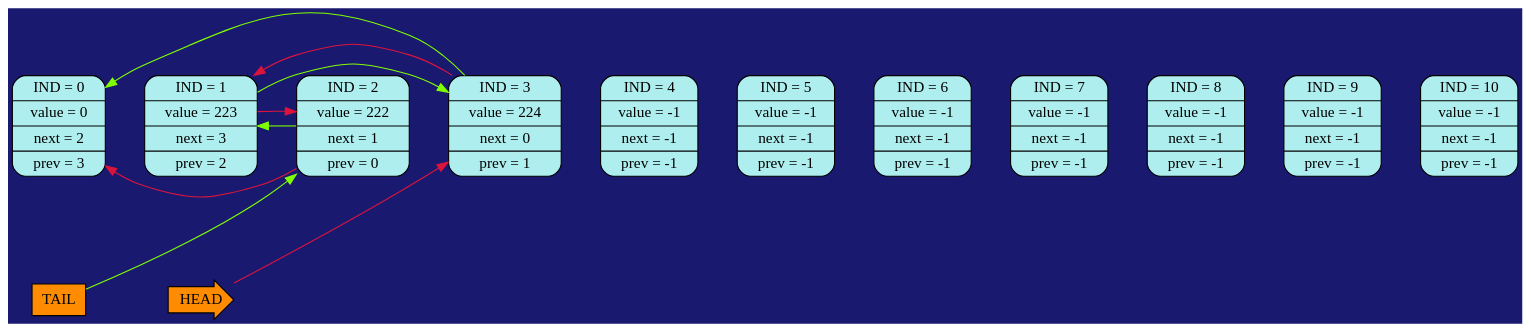
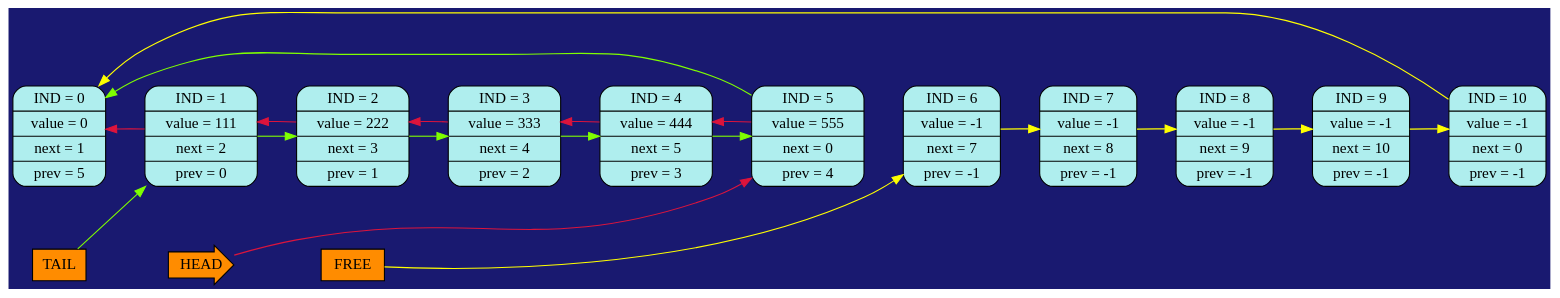
Before and after one commit to SashaKhaytina/List: the diagram in pictures/image05.dot, drawn with Graphviz. The commit also changed 23 other files, not shown here.

Commit message:
fast find free ind and new TEST4

```diff
--- a/pictures/image05.dot
+++ b/pictures/image05.dot
@@ -1,41 +1,52 @@
 digraph
 {
 bgcolor="#191970";
 rankdir = LR;
 edge[style="invis", weight = 1000000];
-IND_0[shape=Mrecord, label = "IND = 0 | value = 0 | next = 2 | prev = 3 ", style="filled",fillcolor="#AFEEEE"]
-IND_1[shape=Mrecord, label = "IND = 1 | value = 223 | next = 3 | prev = 2 ", style="filled",fillcolor="#AFEEEE"]
-IND_2[shape=Mrecord, label = "IND = 2 | value = 222 | next = 1 | prev = 0 ", style="filled",fillcolor="#AFEEEE"]
-IND_3[shape=Mrecord, label = "IND = 3 | value = 224 | next = 0 | prev = 1 ", style="filled",fillcolor="#AFEEEE"]
-IND_4[shape=Mrecord, label = "IND = 4 | value = -1 | next = -1 | prev = -1 ", style="filled",fillcolor="#AFEEEE"]
-IND_5[shape=Mrecord, label = "IND = 5 | value = -1 | next = -1 | prev = -1 ", style="filled",fillcolor="#AFEEEE"]
-IND_6[shape=Mrecord, label = "IND = 6 | value = -1 | next = -1 | prev = -1 ", style="filled",fillcolor="#AFEEEE"]
-IND_7[shape=Mrecord, label = "IND = 7 | value = -1 | next = -1 | prev = -1 ", style="filled",fillcolor="#AFEEEE"]
-IND_8[shape=Mrecord, label = "IND = 8 | value = -1 | next = -1 | prev = -1 ", style="filled",fillcolor="#AFEEEE"]
-IND_9[shape=Mrecord, label = "IND = 9 | value = -1 | next = -1 | prev = -1 ", style="filled",fillcolor="#AFEEEE"]
-IND_10[shape=Mrecord, label = "IND = 10 | value = -1 | next = -1 | prev = -1 ", style="filled",fillcolor="#AFEEEE"]
+IND_0[shape=Mrecord, label = "IND = 0 | value = 0 | next = 1 | prev = 5 ", style="filled",fillcolor="#AFEEEE"]
+IND_1[shape=Mrecord, label = "IND = 1 | value = 111 | next = 2 | prev = 0 ", style="filled",fillcolor="#AFEEEE"]
+IND_2[shape=Mrecord, label = "IND = 2 | value = 222 | next = 3 | prev = 1 ", style="filled",fillcolor="#AFEEEE"]
+IND_3[shape=Mrecord, label = "IND = 3 | value = 333 | next = 4 | prev = 2 ", style="filled",fillcolor="#AFEEEE"]
+IND_4[shape=Mrecord, label = "IND = 4 | value = 444 | next = 5 | prev = 3 ", style="filled",fillcolor="#AFEEEE"]
+IND_5[shape=Mrecord, label = "IND = 5 | value = 555 | next = 0 | prev = 4 ", style="filled",fillcolor="#AFEEEE"]
+IND_6[shape=Mrecord, label = "IND = 6 | value = -1 | next = 7 | prev = -1 ", style="filled",fillcolor="#AFEEEE"]
+IND_7[shape=Mrecord, label = "IND = 7 | value = -1 | next = 8 | prev = -1 ", style="filled",fillcolor="#AFEEEE"]
+IND_8[shape=Mrecord, label = "IND = 8 | value = -1 | next = 9 | prev = -1 ", style="filled",fillcolor="#AFEEEE"]
+IND_9[shape=Mrecord, label = "IND = 9 | value = -1 | next = 10 | prev = -1 ", style="filled",fillcolor="#AFEEEE"]
+IND_10[shape=Mrecord, label = "IND = 10 | value = -1 | next = 0 | prev = -1 ", style="filled",fillcolor="#AFEEEE"]
 IND_0 -> IND_1
 IND_1 -> IND_2
 IND_2 -> IND_3
 IND_3 -> IND_4
 IND_4 -> IND_5
 IND_5 -> IND_6
 IND_6 -> IND_7
 IND_7 -> IND_8
 IND_8 -> IND_9
 IND_9 -> IND_10
 TAIL[shape="rectangle", width = 0.5, height = 0.4, style="filled", fillcolor="#FF8C00"];
 HEAD[shape="rarrow", width = 0.5, height = 0.5, style="filled", fillcolor="#FF8C00"];
+FREE[shape="rectangle", width = 0.5, height = 0.4, style="filled", fillcolor="#FF8C00"];
 { rank = same; TAIL; IND_0}
-TAIL -> HEAD
+TAIL -> HEAD -> FREE
 edge[color="#7FFF00", weight = 1, style=""];
-IND_1 -> IND_3;
+IND_1 -> IND_2;
+IND_2 -> IND_3;
+IND_3 -> IND_4;
+IND_4 -> IND_5;
+IND_5 -> IND_0;
+IND_6 -> IND_7 [color="#FFFF00"];
+IND_7 -> IND_8 [color="#FFFF00"];
+IND_8 -> IND_9 [color="#FFFF00"];
+IND_9 -> IND_10 [color="#FFFF00"];
+IND_10 -> IND_0 [color="#FFFF00"];
+TAIL -> IND_1;
+FREE -> IND_6 [color="#FFFF00"];
+edge[color="#DC143C", weight = 1, style=""];
+IND_1 -> IND_0;
 IND_2 -> IND_1;
-IND_3 -> IND_0;
-TAIL -> IND_2;
-edge[color="#DC143C", weight = 1, style=""];
-IND_1 -> IND_2;
-IND_2 -> IND_0;
-IND_3 -> IND_1;
-HEAD -> IND_3;
+IND_3 -> IND_2;
+IND_4 -> IND_3;
+IND_5 -> IND_4;
+HEAD -> IND_5;
 }
```
